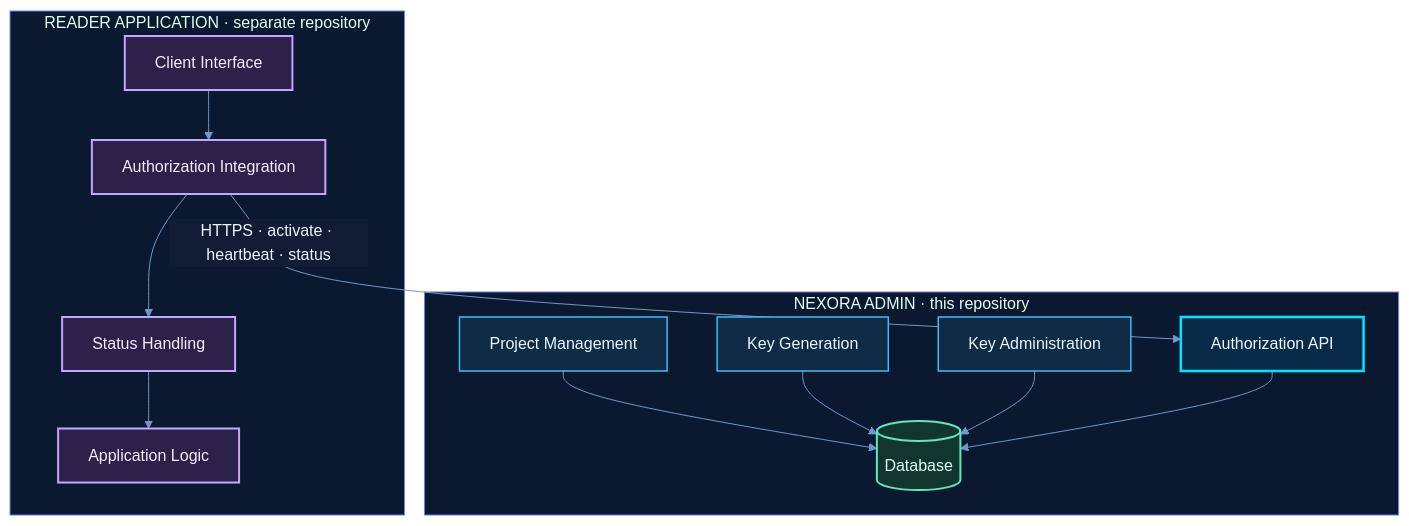
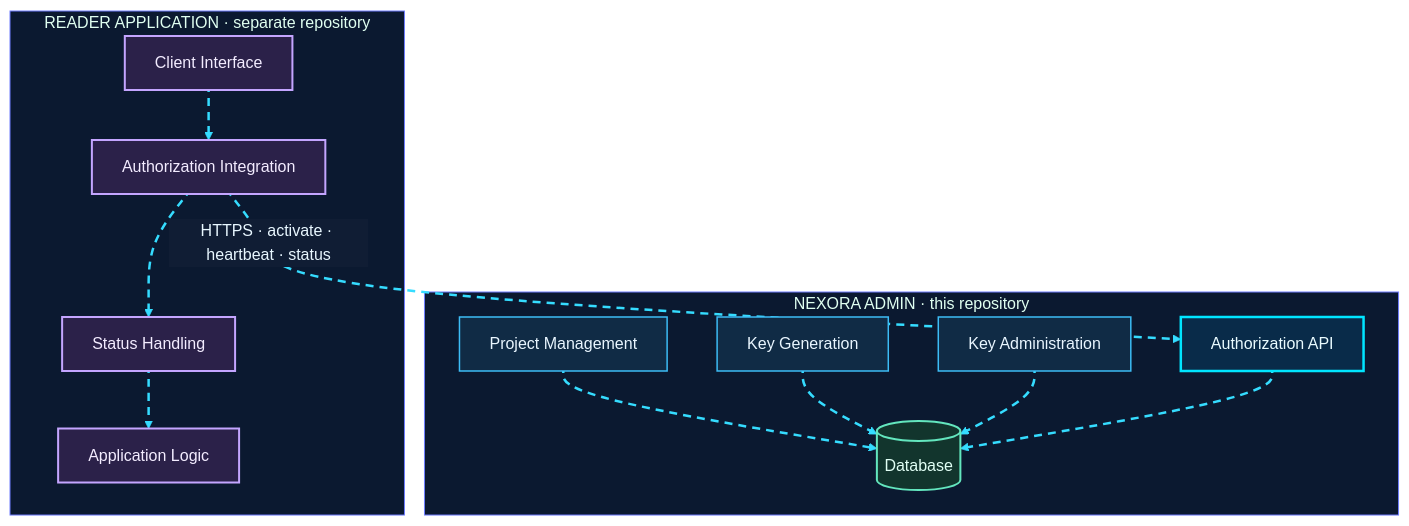
The second of 23 diagrams in README.md (shajeduzzamanenan992008inc/NexOra-Database-key-Gen), drawn with Mermaid before and after one commit. The commit also changed other lines of this file, not shown here.

````diff
--- a/README.md
+++ b/README.md
@@ -445,43 +446,45 @@
 ```mermaid
 %%{init: {"theme":"base","themeVariables":{"darkMode":true,"background":"#07111f","primaryColor":"#102744","primaryTextColor":"#e8f7ff","primaryBorderColor":"#00d9ff","lineColor":"#7297c8","secondaryColor":"#261d45","secondaryTextColor":"#f3eaff","secondaryBorderColor":"#a78bfa","tertiaryColor":"#12332b","tertiaryTextColor":"#e0fff1","tertiaryBorderColor":"#41e6a2","fontFamily":"Inter, Segoe UI, sans-serif","edgeLabelBackground":"#101d34","mainBkg":"#102744","nodeBorder":"#00d9ff","clusterBkg":"#0b1930","clusterBorder":"#6f7dff","actorBkg":"#102744","actorBorder":"#00d9ff","actorTextColor":"#e8f7ff","signalColor":"#64d8ff","signalTextColor":"#e8f7ff","noteBkgColor":"#0e332b","noteBorderColor":"#41e6a2","noteTextColor":"#e0fff1"}}}%%
 flowchart TB
     subgraph ADMIN["NEXORA ADMIN · this repository"]
         A1["Project Management"]
         A2["Key Generation"]
         A3["Key Administration"]
         A4[("Database")]
         A5["Authorization API"]
     end
     subgraph READER["READER APPLICATION · separate repository"]
         R1["Client Interface"]
         R2["Authorization Integration"]
         R3["Status Handling"]
         R4["Application Logic"]
     end
-    A1 --> A4
-    A2 --> A4
-    A3 --> A4
-    A5 --> A4
-    R2 -->|"HTTPS · activate · heartbeat · status"| A5
-    R1 --> R2
-    R2 --> R3
-    R3 --> R4
+
+    A1 nx02e01@--> A4
+    A2 nx02e02@--> A4
+    A3 nx02e03@--> A4
+    R1 nx02e04@--> R2
+    R2 nx02e05@-->|"HTTPS · activate · heartbeat · status"| A5
+    A5 nx02e06@--> A4
+    R2 nx02e07@--> R3
+    R3 nx02e08@--> R4
 
     %% OMEGA NEX-ORA visual classes
     %% OMEGA NEX-ORA / ULTRA NEON PALETTE
     classDef nxCore fill:#092b49,stroke:#00e5ff,stroke-width:2.5px,color:#e9fbff;
     classDef nxProcess fill:#102b45,stroke:#3dbcf5,stroke-width:1.5px,color:#e9f6ff;
     classDef nxDecision fill:#2b2050,stroke:#b38cff,stroke-width:2px,color:#f3edff;
     classDef nxSuccess fill:#0d3b2c,stroke:#3fffa0,stroke-width:2px,color:#e0fff0;
     classDef nxDanger fill:#451d30,stroke:#ff6688,stroke-width:2px,color:#fff0f3;
     classDef nxData fill:#12352d,stroke:#63e6be,stroke-width:2px,color:#e1fff5;
     classDef nxExternal fill:#2b2149,stroke:#c4a5ff,stroke-width:2px,color:#f3ecff;
     classDef nxInfo fill:#17253e,stroke:#91a7c9,stroke-width:1.5px,color:#e5efff;
     classDef nxWarning fill:#453116,stroke:#fbbf24,stroke-width:2px,color:#fff6d6;
     %% Moving dashed route: Mermaid applies this class to explicitly identified edges.
+    classDef nxAnimated stroke:#35dcff,stroke-width:2.5px,stroke-dasharray:8\,6,stroke-dashoffset:1000,animation:dash 24s linear infinite;
     class A1,A2,A3 nxProcess;
     class A4 nxData;
     class A5 nxCore;
     class R1,R2,R3,R4 nxExternal;
-    class nx02e01,nx02e02,nx02e03,nx02e04,nx02e05,nx02e06,nx02e07 nxAnimated;
+    class nx02e01,nx02e02,nx02e03,nx02e04,nx02e05,nx02e06,nx02e07,nx02e08 nxAnimated;
 ```
````
